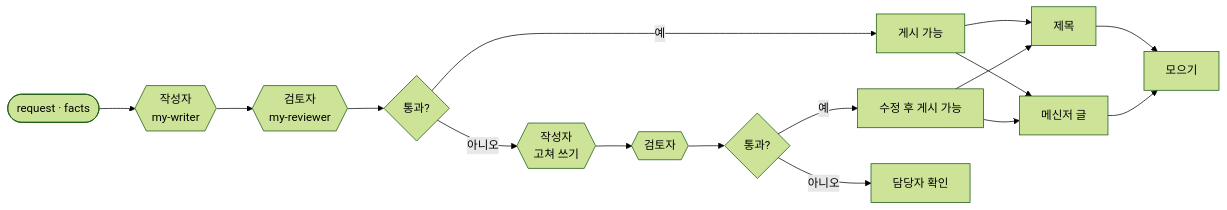
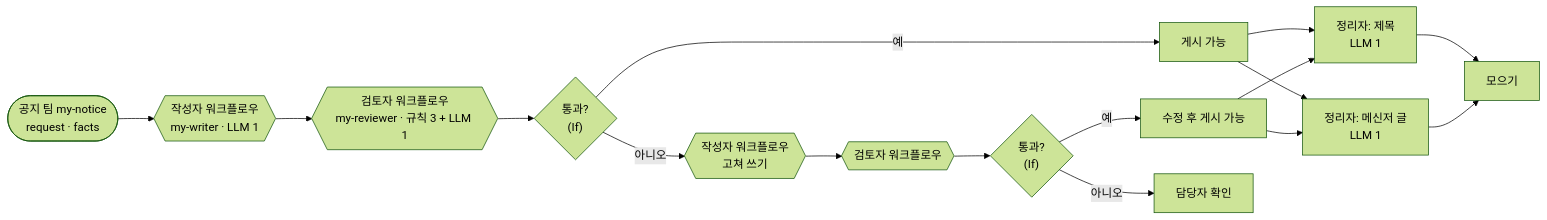
One commit to obhht2302-ctrl/aio-01d4-stu changed the second of 3 diagrams in Lecture/69/00-DAY69-OVERVIEW.md. Above: the diagram before and after it, drawn with Mermaid (forest theme). The commit also changed other lines of this file and 9 other files, not shown here.

Commit message:
69일차 자료 갱신: flow.py test -v, 개요 그림·데이터 예시, Lab 03 예제 1 지금 결과 (정답본 제외)

````diff
--- a/Lecture/69/00-DAY69-OVERVIEW.md
+++ b/Lecture/69/00-DAY69-OVERVIEW.md
@@ -76,9 +76,9 @@
 ```mermaid
 flowchart LR
-  W(["request · facts"]) --> A{{"작성자<br/>my-writer"}} --> R{{"검토자<br/>my-reviewer"}} --> P{"통과?"}
+  W(["공지 팀 my-notice<br/>request · facts"]) --> A{{"작성자 워크플로우<br/>my-writer · LLM 1"}} --> R{{"검토자 워크플로우<br/>my-reviewer · 규칙 3 + LLM 1"}} --> P{"통과?<br/>(If)"}
   P -->|예| OK["게시 가능"]
-  P -->|아니오| A2{{"작성자<br/>고쳐 쓰기"}} --> R2{{"검토자"}} --> P2{"통과?"}
+  P -->|아니오| A2{{"작성자 워크플로우<br/>고쳐 쓰기"}} --> R2{{"검토자 워크플로우"}} --> P2{"통과?<br/>(If)"}
   P2 -->|예| OK2["수정 후 게시 가능"]
   P2 -->|아니오| H["담당자 확인"]
-  OK & OK2 --> E1["제목"] & E2["메신저 글"] --> J["모으기"]
+  OK & OK2 --> E1["정리자: 제목<br/>LLM 1"] & E2["정리자: 메신저 글<br/>LLM 1"] --> J["모으기"]
 ```
````
